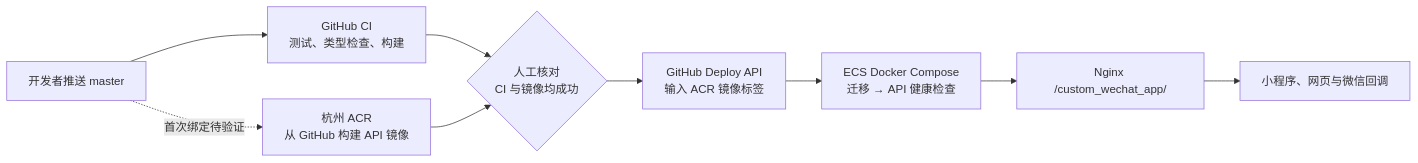
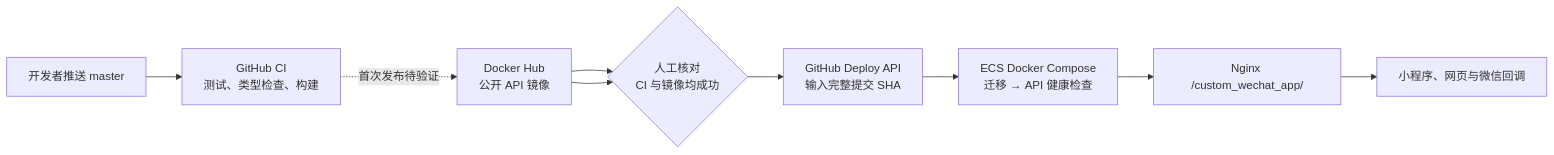
The diagram in docs/deployment-runbook.md (JojoShine/custom_wechat_app), drawn with Mermaid before and after one commit. The commit also changed other lines of this file and 5 other files, not shown here.

Commit message:
ci: publish API image to Docker Hub after verification

````diff
--- a/docs/deployment-runbook.md
+++ b/docs/deployment-runbook.md
@@ -12,11 +12,11 @@
 ```mermaid
 flowchart LR
     A[开发者推送 master] --> B[GitHub CI<br/>测试、类型检查、构建]
-    A -. 首次绑定待验证 .-> C[杭州 ACR<br/>从 GitHub 构建 API 镜像]
-    B --> D{人工核对<br/>CI 与镜像均成功}
+    B -. 首次发布待验证 .-> C[Docker Hub<br/>公开 API 镜像]
+    C --> D{人工核对<br/>CI 与镜像均成功}
     C --> D
-    D --> E[GitHub Deploy API<br/>输入 ACR 镜像标签]
+    D --> E[GitHub Deploy API<br/>输入完整提交 SHA]
     E --> F[ECS Docker Compose<br/>迁移 → API 健康检查]
     F --> G[Nginx /custom_wechat_app/]
     G --> H[小程序、网页与微信回调]
 ```
````
